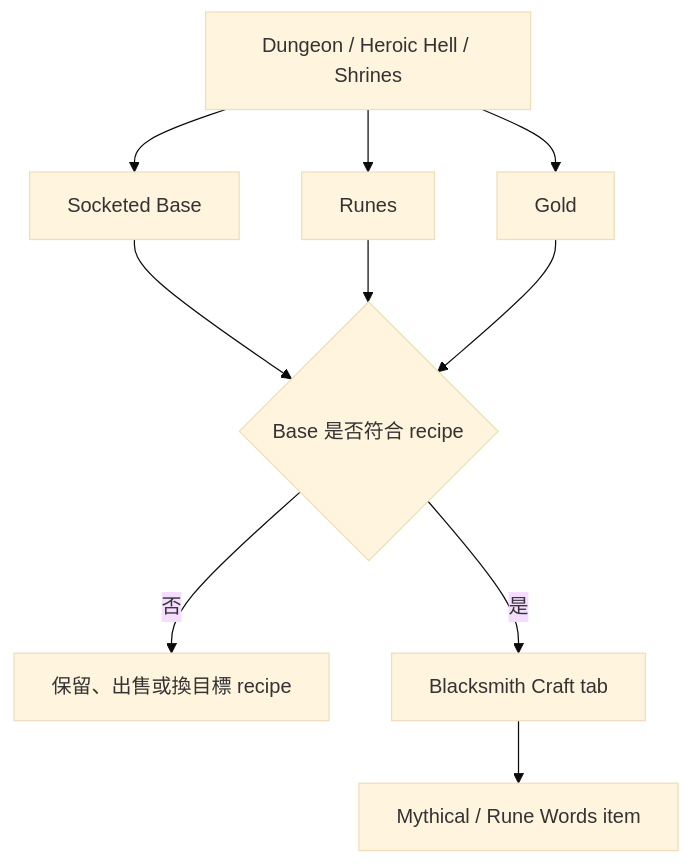
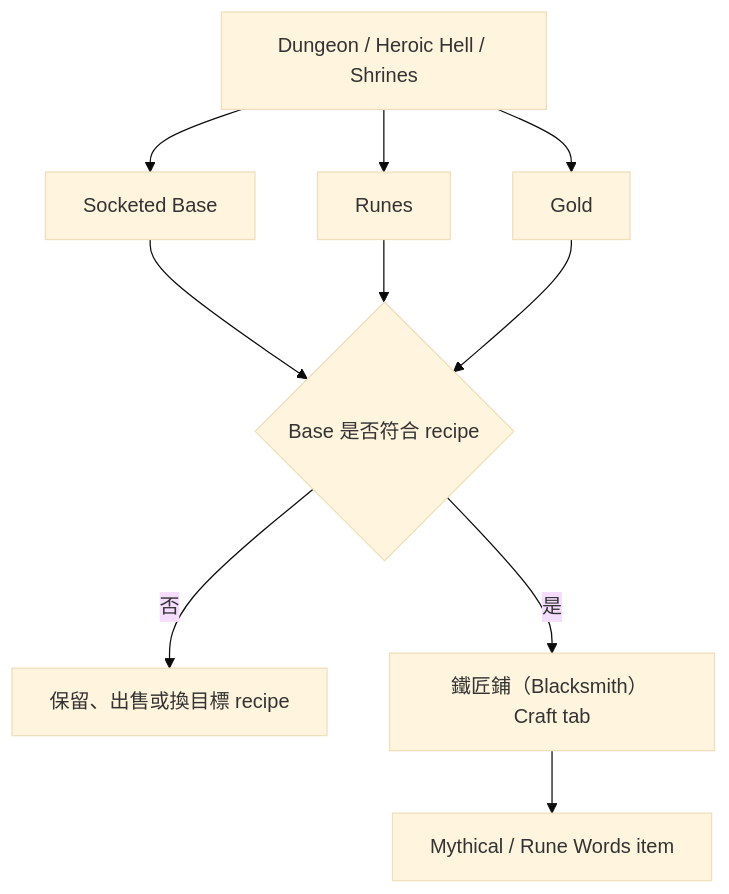
The diagram in Writerside/topics/nevergrind-online-blacksmith-crafting-recipe-research.md (jakeuj/writerside), drawn with Mermaid (base theme) before and after one commit. The commit also changed other lines of this file and 33 other files, not shown here.

````diff
--- a/Writerside/topics/nevergrind-online-blacksmith-crafting-recipe-research.md
+++ b/Writerside/topics/nevergrind-online-blacksmith-crafting-recipe-research.md
@@ -173,12 +173,12 @@
 ```mermaid
 flowchart TD
     A["Dungeon / Heroic Hell / Shrines"] --> B["Socketed Base"]
     A --> C["Runes"]
     A --> D["Gold"]
     B --> E{"Base 是否符合 recipe"}
     C --> E
     D --> E
     E -->|否| F["保留、出售或換目標 recipe"]
-    E -->|是| G["Blacksmith Craft tab"]
+    E -->|是| G["鐵匠鋪（Blacksmith） Craft tab"]
     G --> H["Mythical / Rune Words item"]
 ```
````
